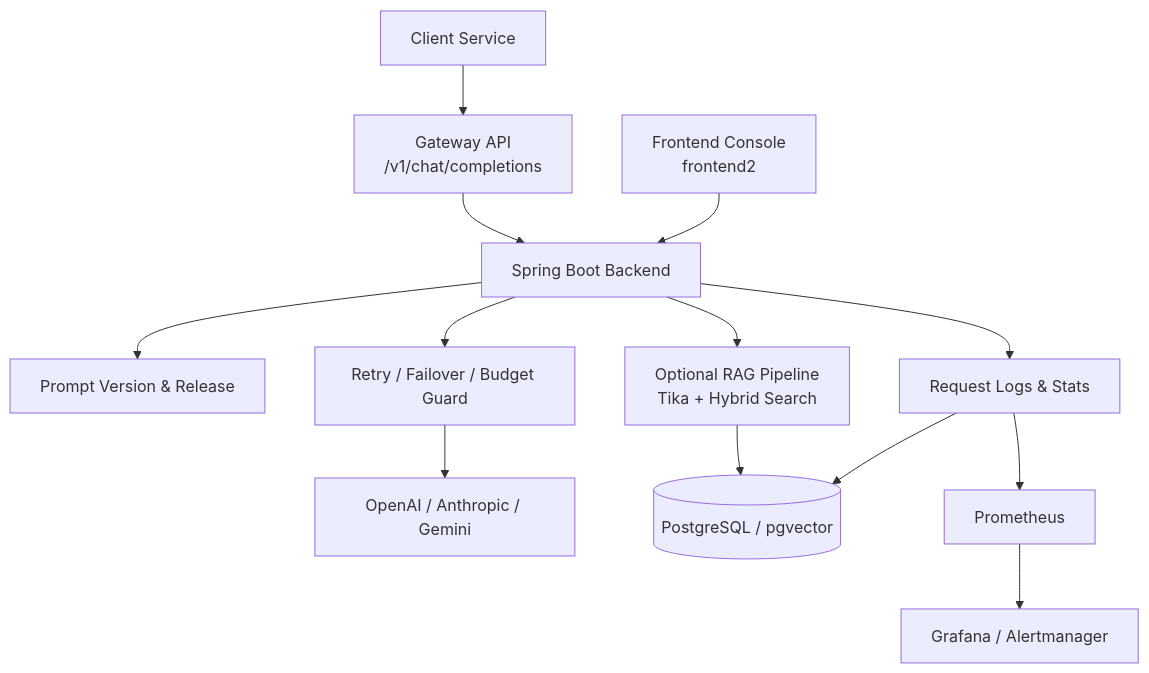
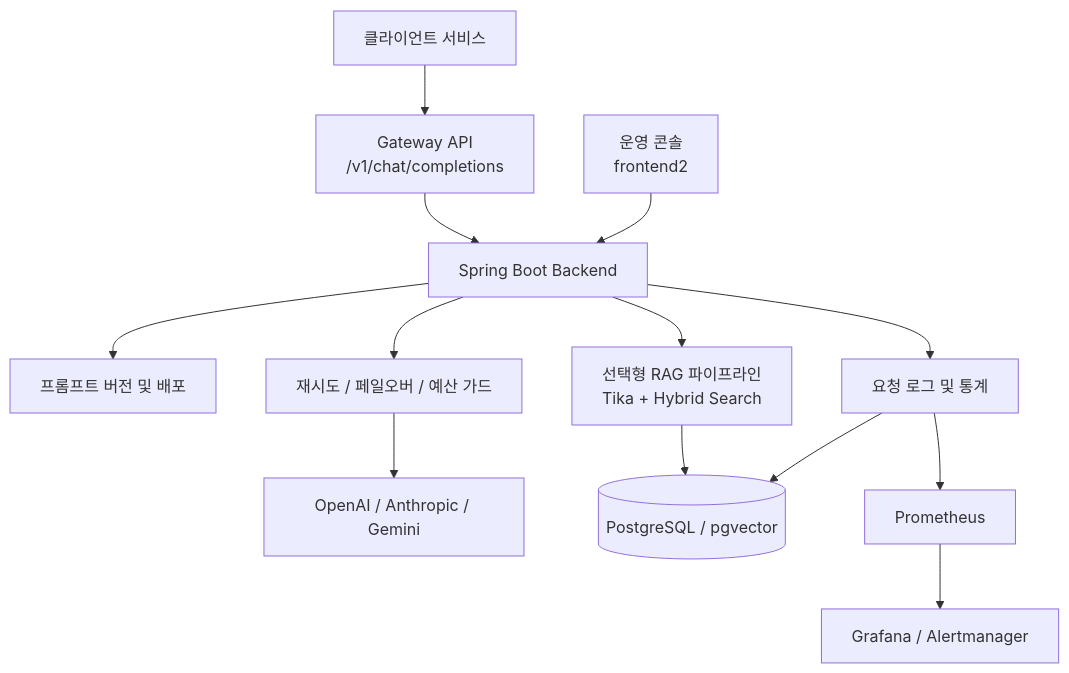
The diagram in README.md (chanyong1027/sesac_team2), drawn with Mermaid before and after one commit. The commit also changed other lines of this file, not shown here.

````diff
--- a/README.md
+++ b/README.md
@@ -72,15 +72,15 @@
 ```mermaid
 graph TD
-    A["Client Service"] --> B["Gateway API<br/>/v1/chat/completions"]
-    H["Frontend Console<br/>frontend2"] --> C["Spring Boot Backend"]
+    A["클라이언트 서비스"] --> B["Gateway API<br/>/v1/chat/completions"]
+    H["운영 콘솔<br/>frontend2"] --> C["Spring Boot Backend"]
     B --> C
-    C --> D["Prompt Version & Release"]
-    C --> E["Retry / Failover / Budget Guard"]
+    C --> D["프롬프트 버전 및 배포"]
+    C --> E["재시도 / 페일오버 / 예산 가드"]
     E --> F["OpenAI / Anthropic / Gemini"]
-    C --> G["Request Logs & Stats"]
+    C --> G["요청 로그 및 통계"]
     G --> I[("PostgreSQL / pgvector")]
     G --> J["Prometheus"]
     J --> K["Grafana / Alertmanager"]
-    C --> L["Optional RAG Pipeline<br/>Tika + Hybrid Search"]
+    C --> L["선택형 RAG 파이프라인<br/>Tika + Hybrid Search"]
     L --> I
 ```
````
